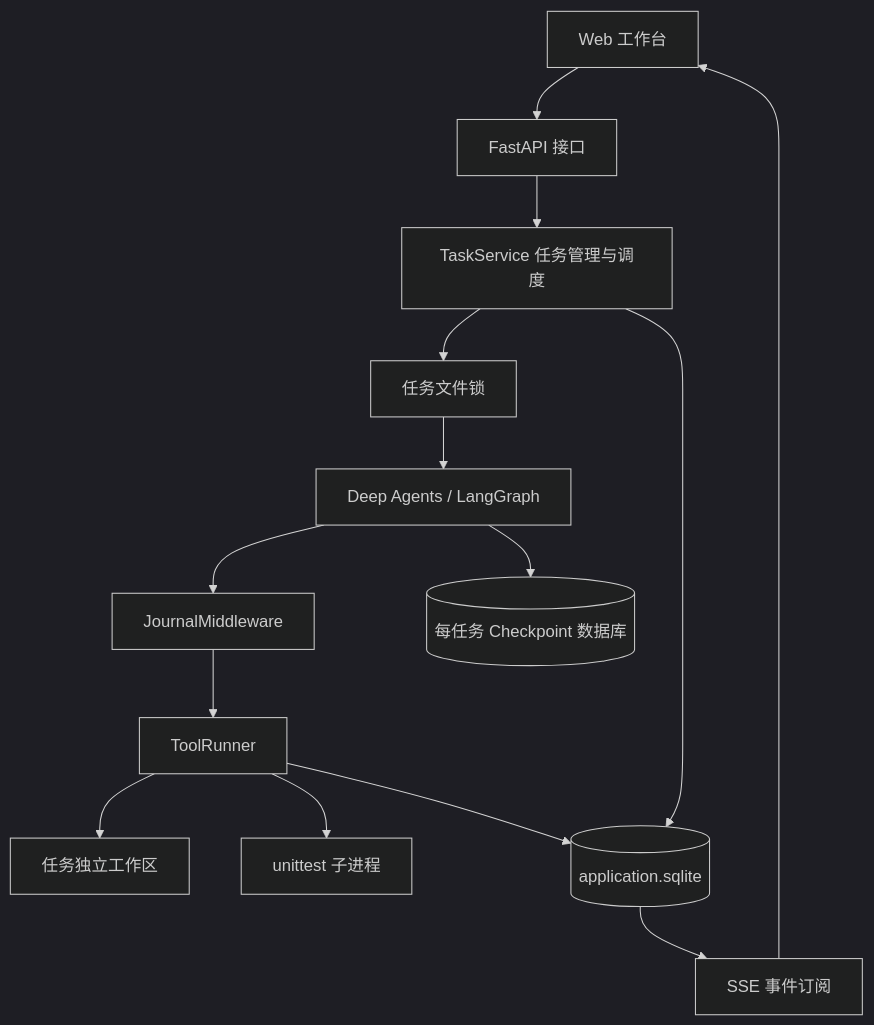
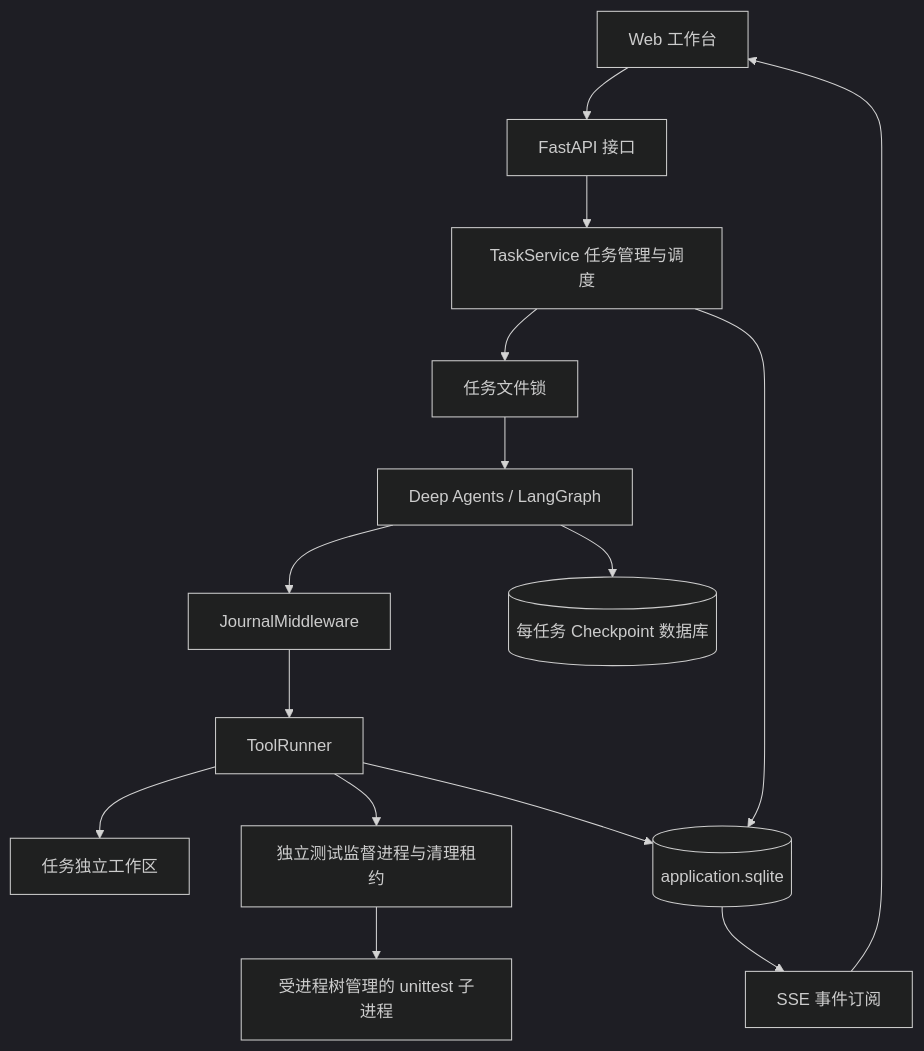
Before and after one commit to CKKKK101/agent-harness-workbench: the first of 3 diagrams in README.md, drawn with Mermaid (dark theme). The commit also changed other lines of this file and 21 other files, not shown here.

````diff
--- a/README.md
+++ b/README.md
@@ -53,16 +54,17 @@
 ```mermaid
 flowchart TD
     UI[Web 工作台] --> API[FastAPI 接口]
     API --> Service[TaskService 任务管理与调度]
     Service --> Lock[任务文件锁]
     Lock --> Graph[Deep Agents / LangGraph]
     Graph --> Journal[JournalMiddleware]
     Journal --> Runner[ToolRunner]
     Runner --> Files[任务独立工作区]
-    Runner --> Tests[unittest 子进程]
+    Runner --> Supervisor[独立测试监督进程与清理租约]
+    Supervisor --> Tests[受进程树管理的 unittest 子进程]
     Service --> Store[(application.sqlite)]
     Runner --> Store
     Graph --> CP[(每任务 Checkpoint 数据库)]
     Store --> SSE[SSE 事件订阅]
     SSE --> UI
 ```
````
